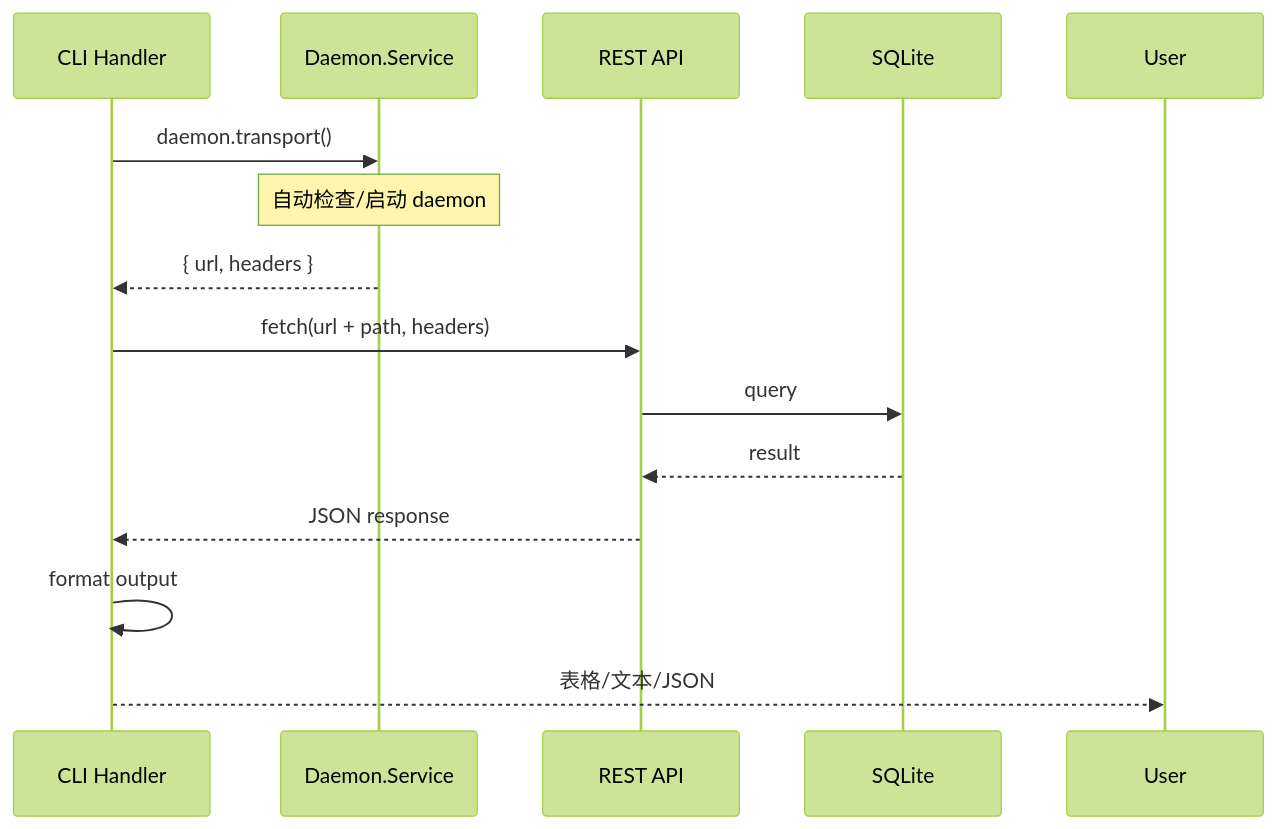
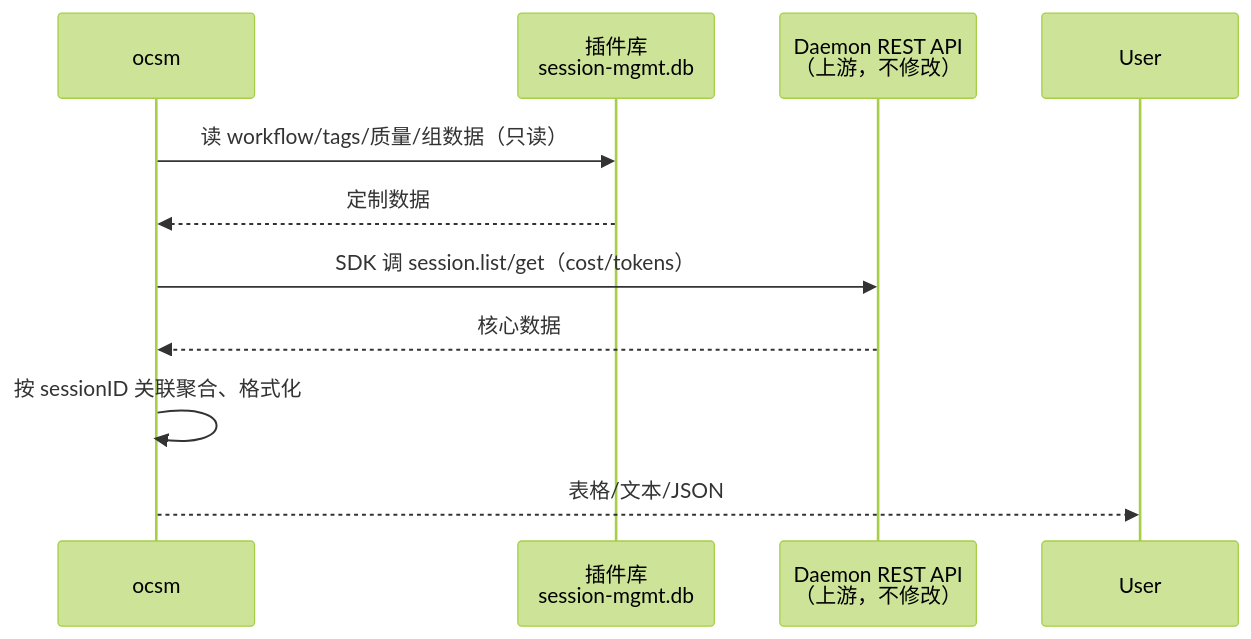
One commit to wonglaitung/opencode changed diagram 11 of 14 in specs/customize/session-management.md. Above: the diagram before and after it, drawn with Mermaid (forest theme). The commit also changed other lines of this file, not shown here.

First line of the commit message:
docs(session-management): 重构为零侵入架构（插件 + 独立 CLI）

````diff
--- a/specs/customize/session-management.md
+++ b/specs/customize/session-management.md
@@ -693,17 +723,13 @@
 ```mermaid
 sequenceDiagram
-    participant CLI as CLI Handler
-    participant Daemon as Daemon.Service
-    participant API as REST API
-    participant DB as SQLite
+    participant CLI as ocsm
+    participant PDB as 插件库<br/>session-mgmt.db
+    participant Daemon as Daemon REST API<br/>（上游，不修改）
 
-    CLI->>Daemon: daemon.transport()
-    Note over Daemon: 自动检查/启动 daemon
-    Daemon-->>CLI: { url, headers }
-    CLI->>API: fetch(url + path, headers)
-    API->>DB: query
-    DB-->>API: result
-    API-->>CLI: JSON response
-    CLI->>CLI: format output
+    CLI->>PDB: 读 workflow/tags/质量/组数据（只读）
+    PDB-->>CLI: 定制数据
+    CLI->>Daemon: SDK 调 session.list/get（cost/tokens）
+    Daemon-->>CLI: 核心数据
+    CLI->>CLI: 按 sessionID 关联聚合、格式化
     CLI-->>User: 表格/文本/JSON
 ```
````
